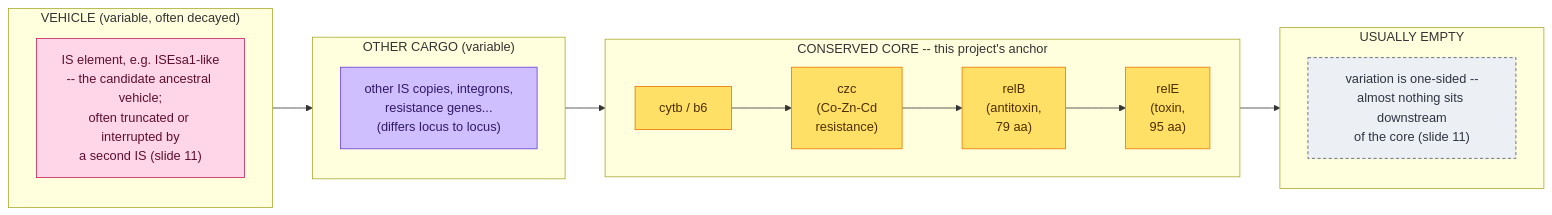
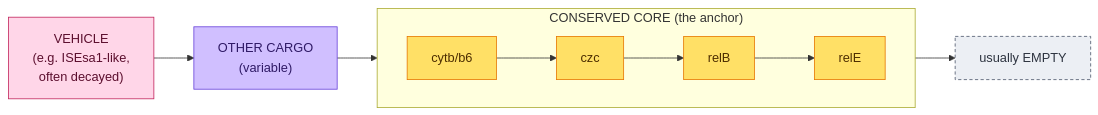
The first of 2 diagrams in REPORT.md (sethiyap/TAflank), drawn with Mermaid before and after one commit. The commit also changed other lines of this file, not shown here.

Commit message:
REPORT.md: simplify the vehicle/cargo/core schematic, mark Gadi vs local steps
The schematic had every node carrying its own paragraph (slide citations,
amino acid lengths, parenthetical asides) plus single-node subgraphs that
added visual nesting without adding information -- all of that detail was
already duplicated in the bullets directly below it. Collapsed to short
labels on plain nodes (core keeps its subgraph, since grouping 4 real genes
together is worth the nesting); the bullets carry the detail.

Pipeline-flow flowchart: added a one-paragraph note on what ran where --
everything local (arm64 macOS) except Bakta, which has no macOS build and
needs Gadi via Apptainer -- and tagged the Bakta node itself with [Gadi].

````diff
--- a/REPORT.md
+++ b/REPORT.md
@@ -41,27 +41,18 @@
 ```mermaid
 flowchart LR
-    subgraph vehicle["VEHICLE (variable, often decayed)"]
-        is1["IS element, e.g. ISEsa1-like\n-- the candidate ancestral vehicle;\noften truncated or interrupted by\na second IS (slide 11)"]
+    vehicle["VEHICLE\n(e.g. ISEsa1-like,\noften decayed)"]:::vehicleStyle
+    cargo["OTHER CARGO\n(variable)"]:::cargoStyle
+    subgraph core["CONSERVED CORE (the anchor)"]
+        direction LR
+        cytb["cytb/b6"] --> czc["czc"] --> relB["relB"] --> relE["relE"]
     end
-    subgraph othercargo["OTHER CARGO (variable)"]
-        other["other IS copies, integrons,\nresistance genes...\n(differs locus to locus)"]
-    end
-    subgraph core["CONSERVED CORE -- this project's anchor"]
-        direction LR
-        cytb["cytb / b6"] --> czc["czc\n(Co-Zn-Cd\nresistance)"] --> relB["relB\n(antitoxin,\n79 aa)"] --> relE["relE\n(toxin,\n95 aa)"]
-    end
-    subgraph downstream["USUALLY EMPTY"]
-        d["variation is one-sided --\nalmost nothing sits downstream\nof the core (slide 11)"]
-    end
+    downstream["usually EMPTY"]:::emptyStyle
 
-    vehicle --> othercargo --> core --> downstream
+    vehicle --> cargo --> core --> downstream
 
-    classDef vehicleStyle fill:#ffd6e8,stroke:#c2255c,color:#5c0f2e,stroke-width:1px
-    classDef cargoStyle fill:#d0bfff,stroke:#6741d9,color:#2f1a66,stroke-width:1px
-    classDef coreStyle fill:#ffe066,stroke:#e67700,color:#4d2e00,stroke-width:1px
-    classDef emptyStyle fill:#eceff4,stroke:#4c566a,color:#2e3440,stroke-width:1px,stroke-dasharray: 4 3
-    class is1 vehicleStyle
-    class other cargoStyle
+    classDef vehicleStyle fill:#ffd6e8,stroke:#c2255c,color:#5c0f2e
+    classDef cargoStyle fill:#d0bfff,stroke:#6741d9,color:#2f1a66
+    classDef coreStyle fill:#ffe066,stroke:#e67700,color:#4d2e00
+    classDef emptyStyle fill:#eceff4,stroke:#4c566a,color:#2e3440,stroke-dasharray: 4 3
     class cytb,czc,relB,relE coreStyle
-    class d emptyStyle
 ```
````
